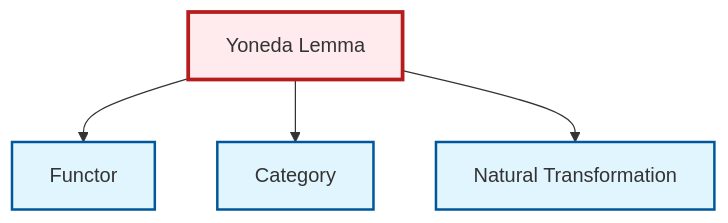
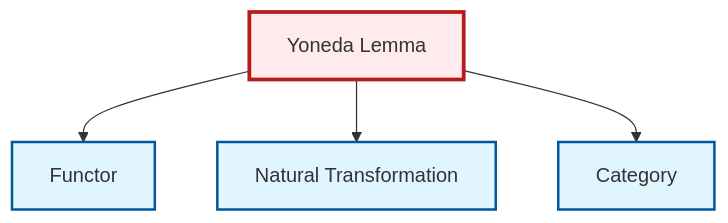
Before and after one commit to RK0429/ModernMath: the diagram in output/mermaid/en/thm-yoneda.mermaid, drawn with Mermaid. The commit also changed other lines of this file and 1704 other files, not shown here.

```diff
--- a/output/mermaid/en/thm-yoneda.mermaid
+++ b/output/mermaid/en/thm-yoneda.mermaid
@@ -1,14 +1,14 @@
 graph TD
     classDef definition fill:#e1f5fe,stroke:#01579b,stroke-width:2px
     classDef theorem fill:#f3e5f5,stroke:#4a148c,stroke-width:2px
     classDef axiom fill:#fff3e0,stroke:#e65100,stroke-width:2px
     classDef example fill:#e8f5e9,stroke:#1b5e20,stroke-width:2px
     classDef current fill:#ffebee,stroke:#b71c1c,stroke-width:3px
+    def-natural-transformation["Natural Transformation"]:::definition
+    thm-yoneda["Yoneda Lemma"]:::theorem
+    def-category["Category"]:::definition
     def-functor["Functor"]:::definition
-    def-category["Category"]:::definition
-    thm-yoneda["Yoneda Lemma"]:::theorem
-    def-natural-transformation["Natural Transformation"]:::definition
     thm-yoneda --> def-functor
+    thm-yoneda --> def-natural-transformation
     thm-yoneda --> def-category
-    thm-yoneda --> def-natural-transformation
     class thm-yoneda current
```
